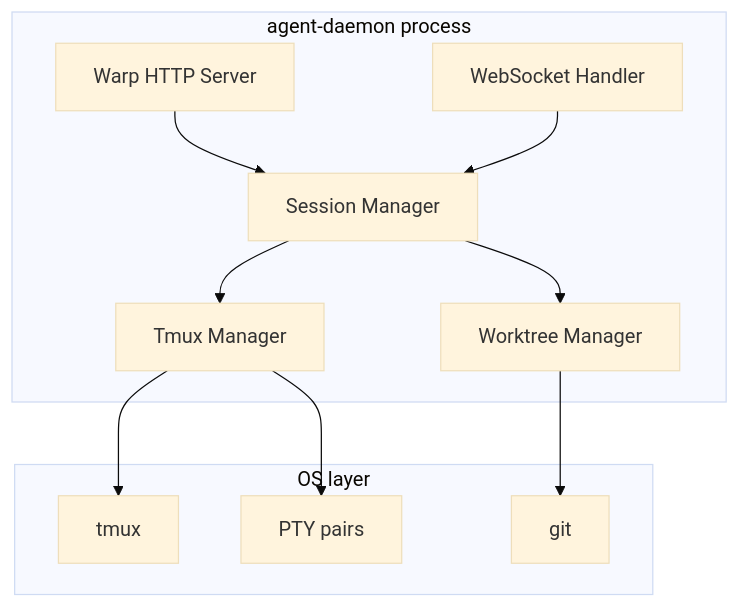
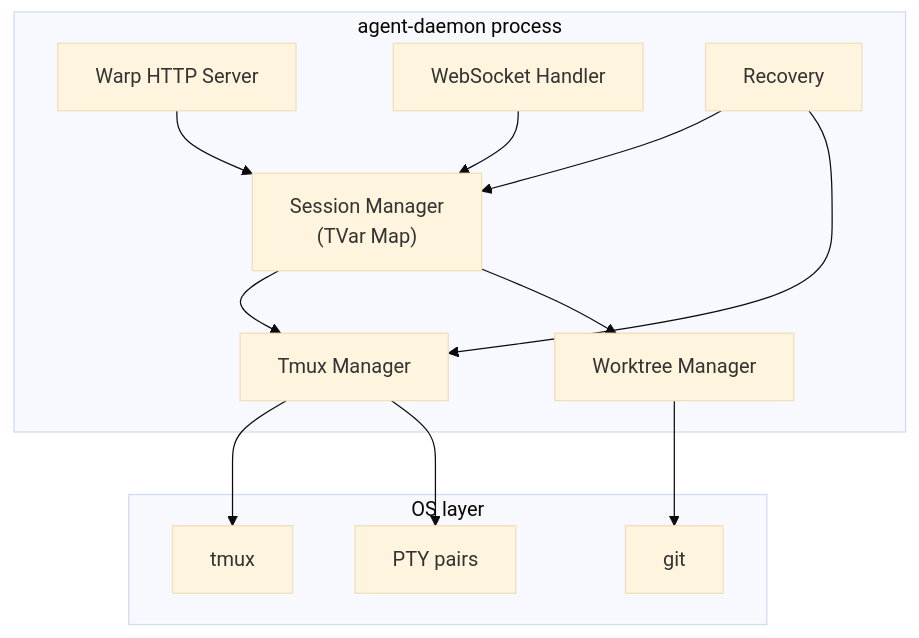
Before and after one commit to lambdasistemi/agent-daemon: the third of 6 diagrams in docs/design.md, drawn with Mermaid (base theme). The commit also changed other lines of this file, not shown here.

````diff
--- a/docs/design.md
+++ b/docs/design.md
@@ -62,25 +61,28 @@
 ```mermaid
 graph TB
     subgraph "agent-daemon process"
         HTTP["Warp HTTP Server"]
         WS["WebSocket Handler"]
-        SM["Session Manager"]
+        SM["Session Manager<br/>(TVar Map)"]
         TM["Tmux Manager"]
         WM["Worktree Manager"]
+        REC["Recovery"]
 
         HTTP --> SM
         WS --> SM
         SM --> TM
         SM --> WM
+        REC --> SM
+        REC --> TM
     end
 
     subgraph "OS layer"
         TMX["tmux"]
         GIT["git"]
         PTY["PTY pairs"]
     end
 
     TM --> TMX
     TM --> PTY
     WM --> GIT
 ```
````
